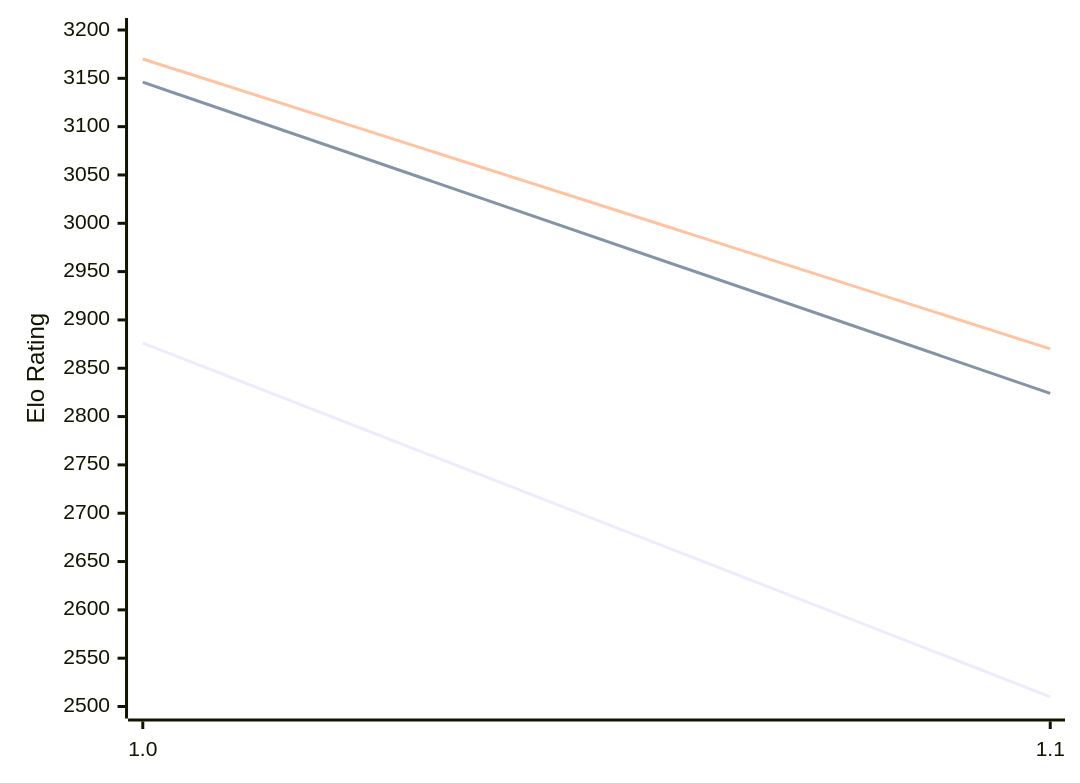
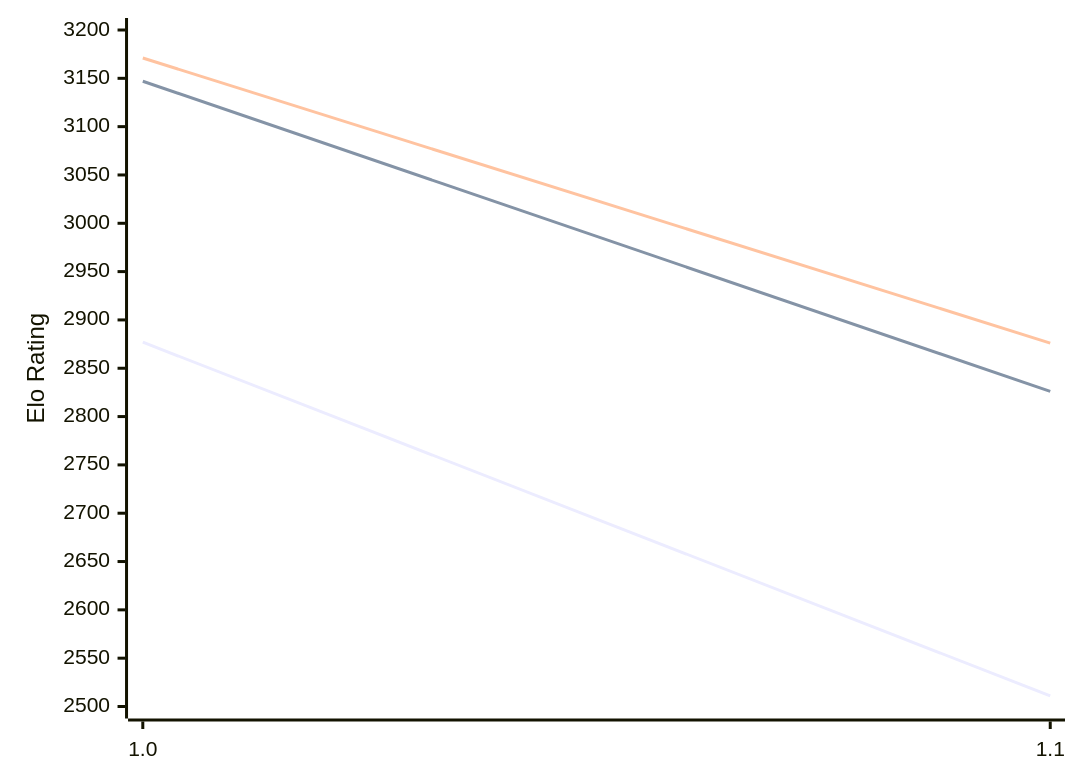
One commit to computer-chess-index/cci changed the diagram in engines/Publius.md. Above: the diagram before and after it, drawn with Mermaid. The commit also changed other lines of this file, not shown here.

Commit message:
Update CCI Ratings (ELO VLTC) - 2026-02-13

````diff
--- a/engines/Publius.md
+++ b/engines/Publius.md
@@ -29,9 +29,9 @@
 ```mermaid
 %%{init: {"theme":"base","themeVariables":{"seriesColors:['#a3a3a3','#222221','#faa371']}}}%%
 xychart-beta
   x-axis ["1.0", "1.1"]
   y-axis "Elo Rating" 2500 --> 3200
-  line "STC (8.0+0.08s)" [2876, 2510]
-  line "LTC (60.0+0.60s)" [3146, 2824]
-  line "VLTC (2m24s+1.12s)" [3170, 2870]
+  line "STC (8.0+0.08s)" [2877, 2511]
+  line "LTC (60.0+0.60s)" [3147, 2826]
+  line "VLTC (2m24s+1.12s)" [3171, 2876]
 ```
````
